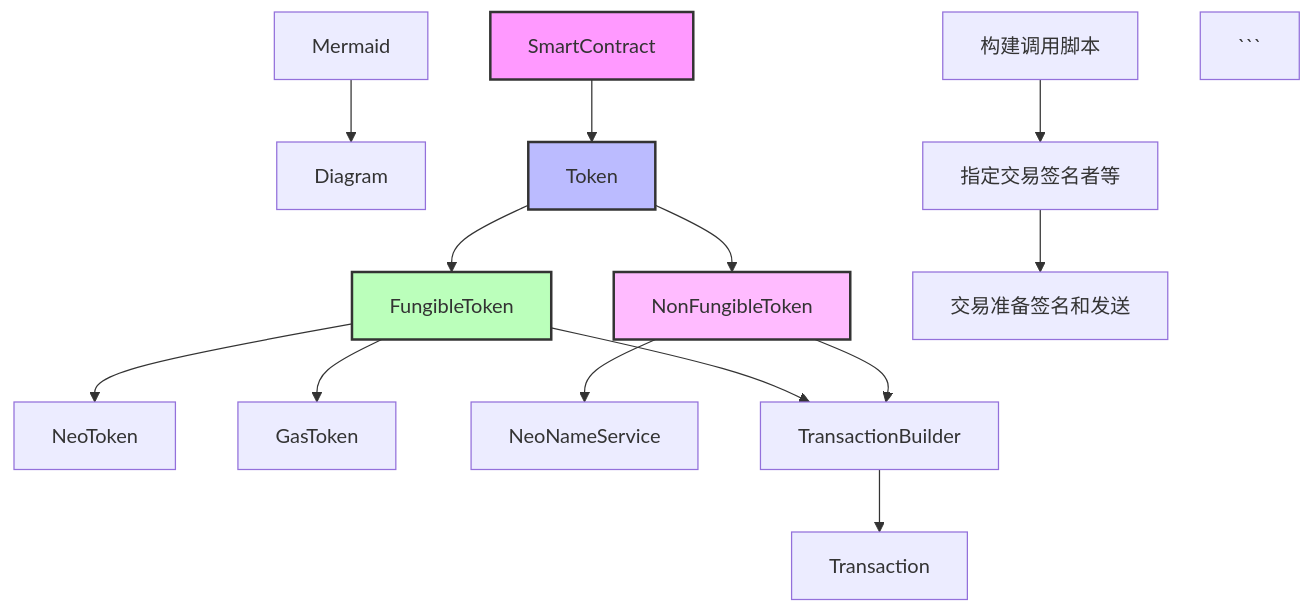
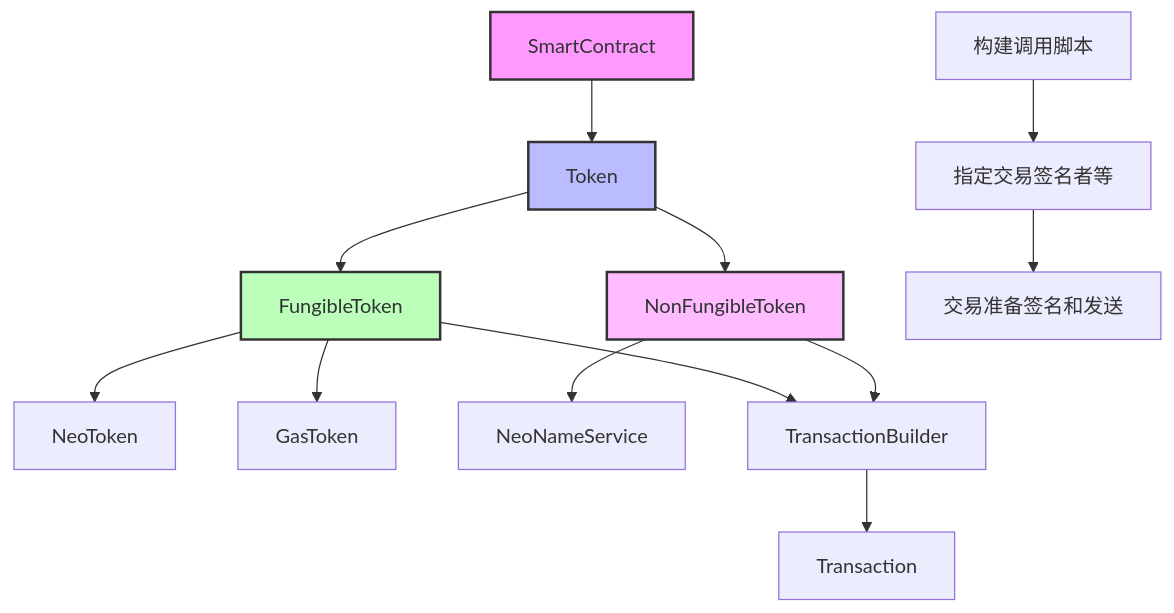
One commit to OS-Lihua/gitbook changed the diagram in neo/java/dapp-kai-fa/dai-bi-he-yue.md. Above: the diagram before and after it, drawn with Mermaid.

Commit message:
GITBOOK-9: No subject

`````diff
--- a/neo/java/dapp-kai-fa/dai-bi-he-yue.md
+++ b/neo/java/dapp-kai-fa/dai-bi-he-yue.md
@@ -7,22 +7,19 @@
-````mermaid
-
-graph TD
-  Mermaid --> Diagram
+```mermaid
+graph TB
   A[SmartContract] --> B[Token]   
   B --> C[FungibleToken]
   B --> D[NonFungibleToken]
   C --> E[NeoToken]
   C --> F[GasToken]
   D --> G[NeoNameService]
     
   H[构建调用脚本] --> I[指定交易签名者等] --> J[交易准备签名和发送]
   C --> K[TransactionBuilder]
   D --> K
   K --> L[Transaction]
     
   style A fill:#f9f,stroke:#333,stroke-width:2px
   style B fill:#bbf,stroke:#333,stroke-width:2px
   style C fill:#bfb,stroke:#333,stroke-width:2px
   style D fill:#fbf,stroke:#333,stroke-width:2px
 ```
-````
`````
